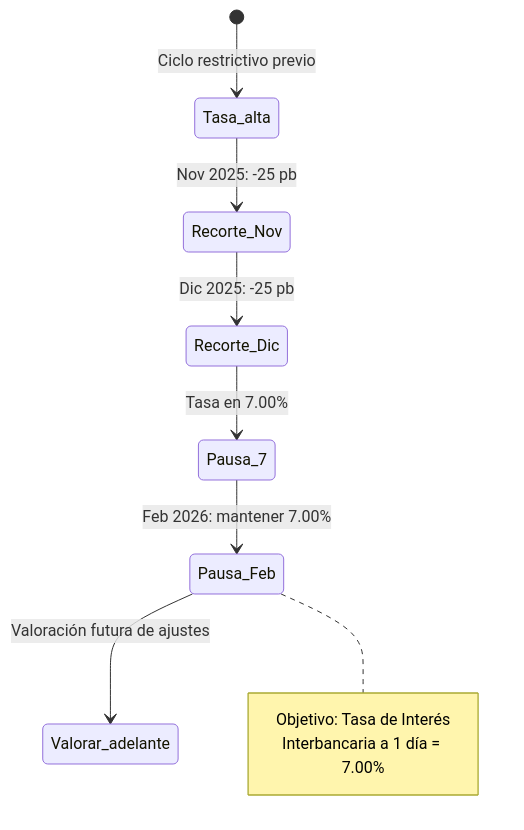
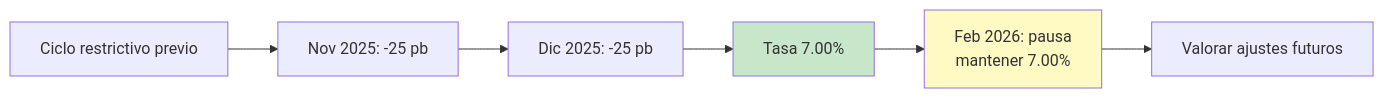
The fourth of 7 diagrams in docs/InformeTrimestral.md/RESUMEN_MERMAID_INFORME_TRIMESTRAL.md (MarxMad/Econosfera), drawn with Mermaid before and after one commit. The commit also changed other lines of this file and 1 other file, not shown here.

````diff
--- a/docs/InformeTrimestral.md/RESUMEN_MERMAID_INFORME_TRIMESTRAL.md
+++ b/docs/InformeTrimestral.md/RESUMEN_MERMAID_INFORME_TRIMESTRAL.md
@@ -118,14 +118,11 @@
 ```mermaid
-stateDiagram-v2
-    [*] --> Tasa_alta: Ciclo restrictivo previo
-    Tasa_alta --> Recorte_Nov: Nov 2025: -25 pb
-    Recorte_Nov --> Recorte_Dic: Dic 2025: -25 pb
-    Recorte_Dic --> Pausa_7: Tasa en 7.00%
-    Pausa_7 --> Pausa_Feb: Feb 2026: mantener 7.00%
-    Pausa_Feb --> Valorar_adelante: Valoración futura de ajustes
+flowchart LR
+    A[Ciclo restrictivo previo] --> B[Nov 2025: -25 pb]
+    B --> C[Dic 2025: -25 pb]
+    C --> D[Tasa 7.00%]
+    D --> E[Feb 2026: pausa<br/>mantener 7.00%]
+    E --> F[Valorar ajustes futuros]
 
-    note right of Pausa_Feb
-        Objetivo: Tasa de Interés
-        Interbancaria a 1 día = 7.00%
-    end note
+    style D fill:#c8e6c9
+    style E fill:#fff9c4
 ```
````
